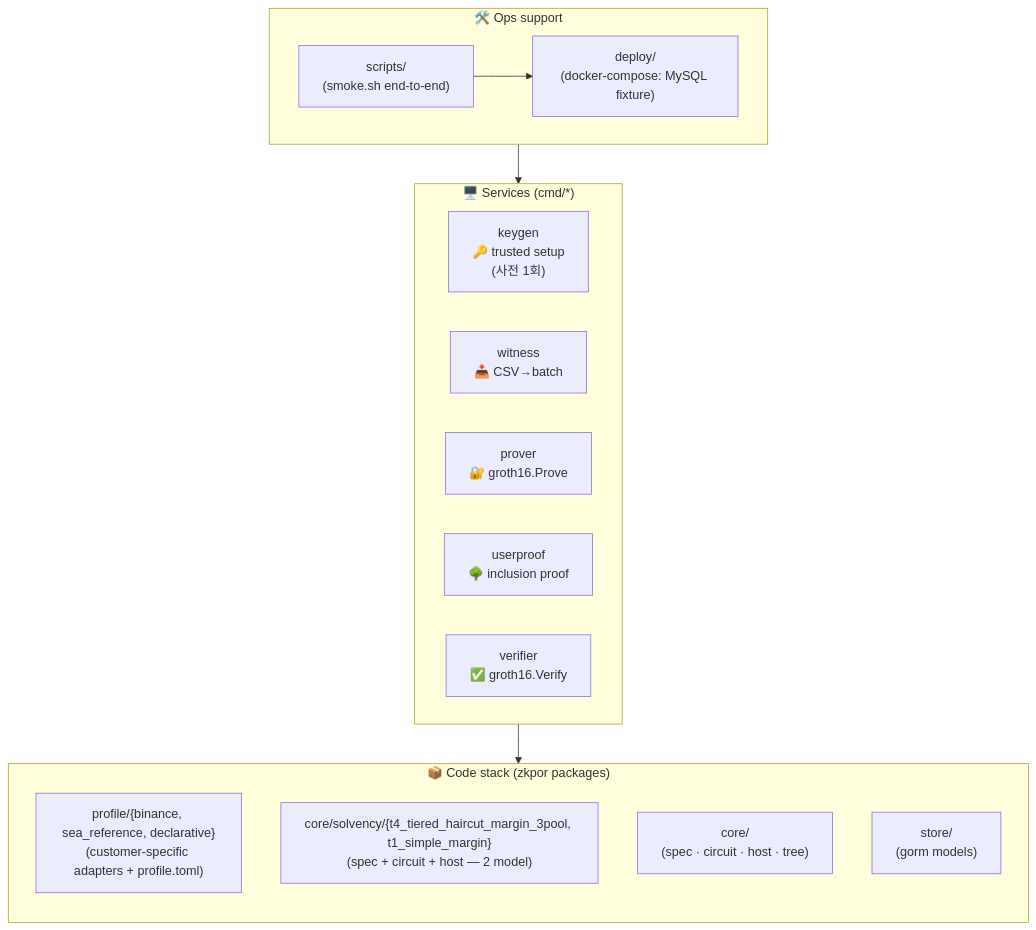
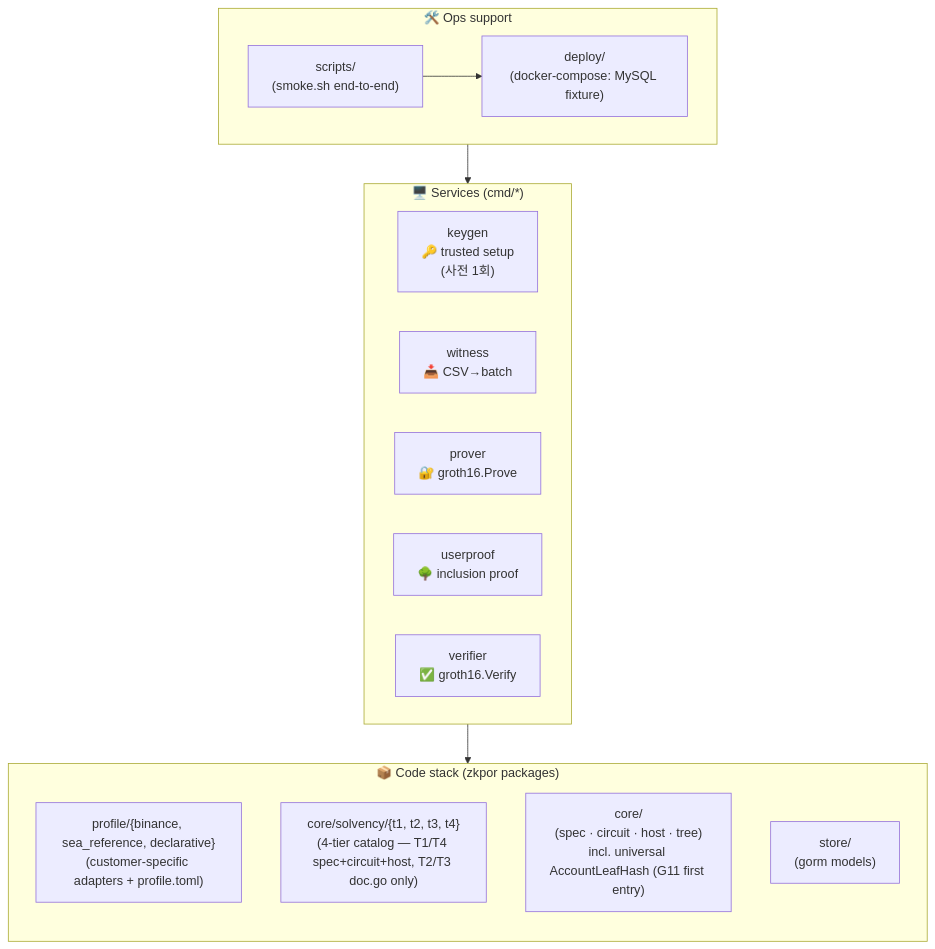
The second of 6 diagrams in docs/03-system-architecture.md (BetweenBits-org/zk-pos-ext), drawn with Mermaid before and after one commit. The commit also changed other lines of this file and 5 other files, not shown here.

First line of the commit message:
feat(zkpor): R6 close — G11 closure (universal AccountLeafHash) + handoff/roadmap

````diff
--- a/docs/03-system-architecture.md
+++ b/docs/03-system-architecture.md
@@ -37,29 +43,29 @@
 ```mermaid
 flowchart TB
   subgraph Services["🖥️ Services (cmd/*)"]
     direction LR
     K["keygen<br/>🔑 trusted setup<br/>(사전 1회)"]
     W["witness<br/>📥 CSV→batch"]
     P["prover<br/>🔐 groth16.Prove"]
     U["userproof<br/>🌳 inclusion proof"]
     V["verifier<br/>✅ groth16.Verify"]
   end
 
   subgraph Code["📦 Code stack (zkpor packages)"]
     direction TB
     Profile["profile/{binance, sea_reference, declarative}<br/>(customer-specific adapters + profile.toml)"]
-    Model["core/solvency/{t4_tiered_haircut_margin_3pool, t1_simple_margin}<br/>(spec + circuit + host — 2 model)"]
-    Universal["core/<br/>(spec · circuit · host · tree)"]
+    Model["core/solvency/{t1, t2, t3, t4}<br/>(4-tier catalog — T1/T4 spec+circuit+host, T2/T3 doc.go only)"]
+    Universal["core/<br/>(spec · circuit · host · tree)<br/>incl. universal AccountLeafHash (G11 first entry)"]
     Store["store/<br/>(gorm models)"]
   end
 
   subgraph Ops["🛠️ Ops support"]
     direction LR
     Deploy["deploy/<br/>(docker-compose: MySQL fixture)"]
     Scripts["scripts/<br/>(smoke.sh end-to-end)"]
   end
 
   Services --> Code
   Scripts --> Services
   Scripts --> Deploy
 ```
````
